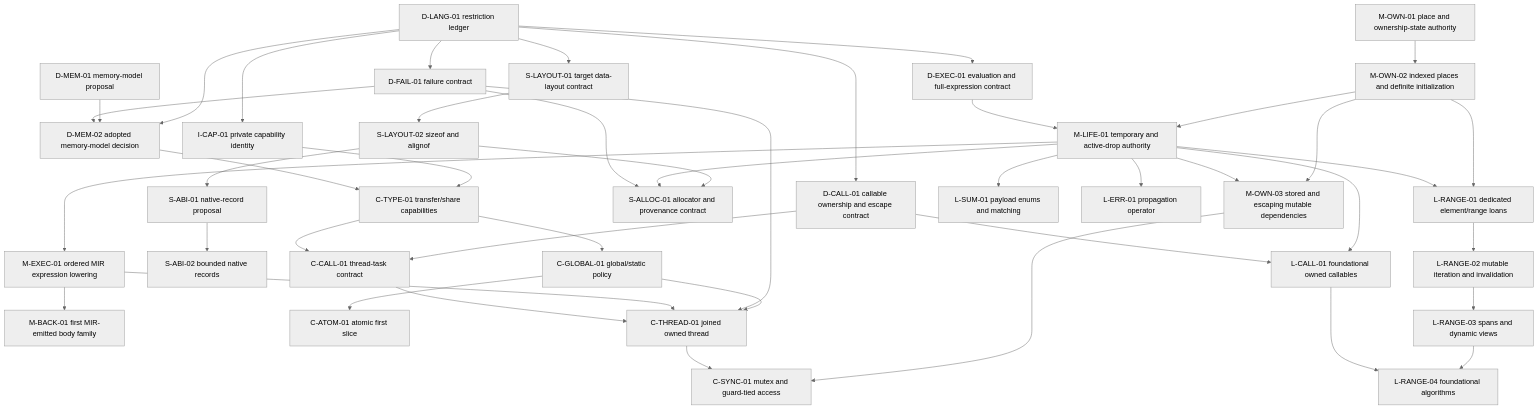
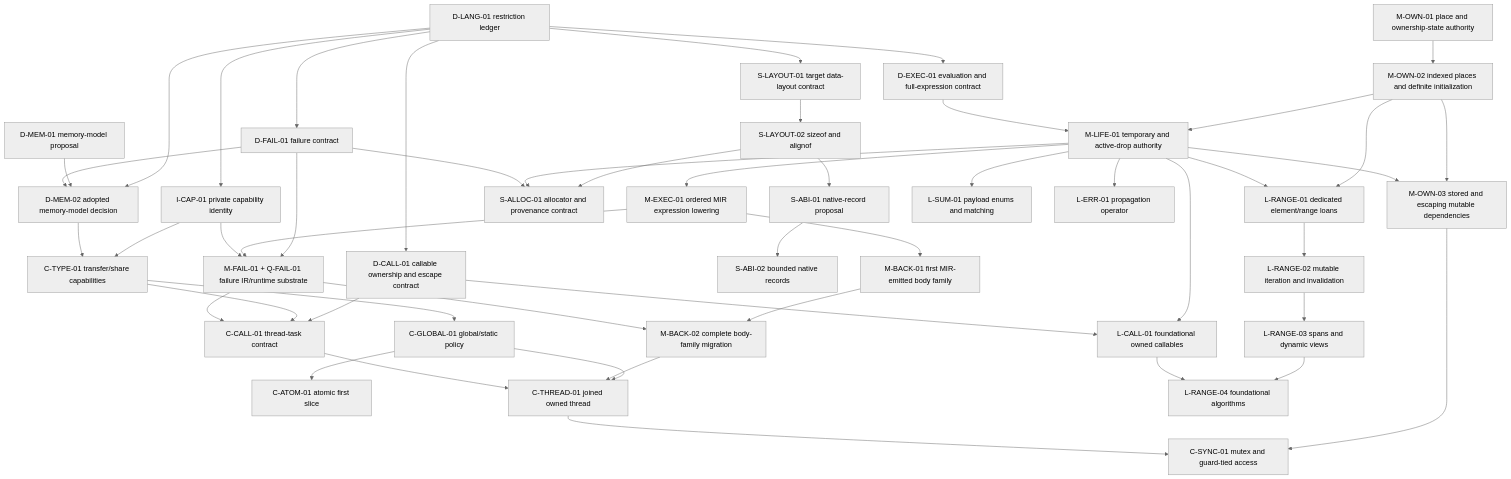
The diagram in docs/plans/implementation-sequence.md (LukeHHA/gti), drawn with Mermaid (neutral theme) before and after one commit. The commit also changed other lines of this file and 19 other files, not shown here.

Commit message:
docs(language): define runtime failure contract

````diff
--- a/docs/plans/implementation-sequence.md
+++ b/docs/plans/implementation-sequence.md
@@ -126,51 +126,56 @@
 ```mermaid
 flowchart TD
   R["D-LANG-01 restriction ledger"] --> MA["D-MEM-02 adopted memory-model decision"]
   MD["D-MEM-01 memory-model proposal"] --> MA
   R --> EO["D-EXEC-01 evaluation and full-expression contract"]
   R --> FC["D-FAIL-01 failure contract"]
   FC --> MA
   R --> DC["D-CALL-01 callable ownership and escape contract"]
 
   PA["M-OWN-01 place and ownership-state authority"] --> IP["M-OWN-02 indexed places and definite initialization"]
   IP --> TD["M-LIFE-01 temporary and active-drop authority"]
   EO --> TD
   IP --> SD["M-OWN-03 stored and escaping mutable dependencies"]
   TD --> SD
   TD --> OE["M-EXEC-01 ordered MIR expression lowering"]
-  OE --> MB["M-BACK-01 first MIR-emitted body family"]
+  FC --> MF["M-FAIL-01 + Q-FAIL-01 failure IR/runtime substrate"]
+  OE --> MF
+  OE --> MB1["M-BACK-01 first MIR-emitted body family"]
+  MB1 --> MB2["M-BACK-02 complete body-family migration"]
+  MF --> MB2
 
   R --> DL["S-LAYOUT-01 target data-layout contract"]
   DL --> SA["S-LAYOUT-02 sizeof and alignof"]
   SA --> NR["S-ABI-01 native-record proposal"]
   NR --> NRI["S-ABI-02 bounded native records"]
   SA --> AL["S-ALLOC-01 allocator and provenance contract"]
   TD --> AL
   FC --> AL
 
   R --> CP["I-CAP-01 private capability identity"]
+  CP --> MF
   CP --> CT["C-TYPE-01 transfer/share capabilities"]
   MA --> CT
   CT --> CG["C-GLOBAL-01 global/static policy"]
   CG --> AT["C-ATOM-01 atomic first slice"]
   CG --> TH["C-THREAD-01 joined owned thread"]
-  FC --> TH
-  OE --> TH
+  MB2 --> TH
   TD --> LC["L-CALL-01 foundational owned callables"]
   DC --> LC
   DC --> CC["C-CALL-01 thread-task contract"]
   CT --> CC
+  MF --> CC
   CC --> TH
   SD --> MX["C-SYNC-01 mutex and guard-tied access"]
   TH --> MX
 
   IP --> RG["L-RANGE-01 dedicated element/range loans"]
   TD --> RG
   RG --> MI["L-RANGE-02 mutable iteration and invalidation"]
   MI --> VW["L-RANGE-03 spans and dynamic views"]
   VW --> ALG["L-RANGE-04 foundational algorithms"]
   LC --> ALG
 
   TD --> SUM["L-SUM-01 payload enums and matching"]
   TD --> Q["L-ERR-01 propagation operator"]
 ```
````
